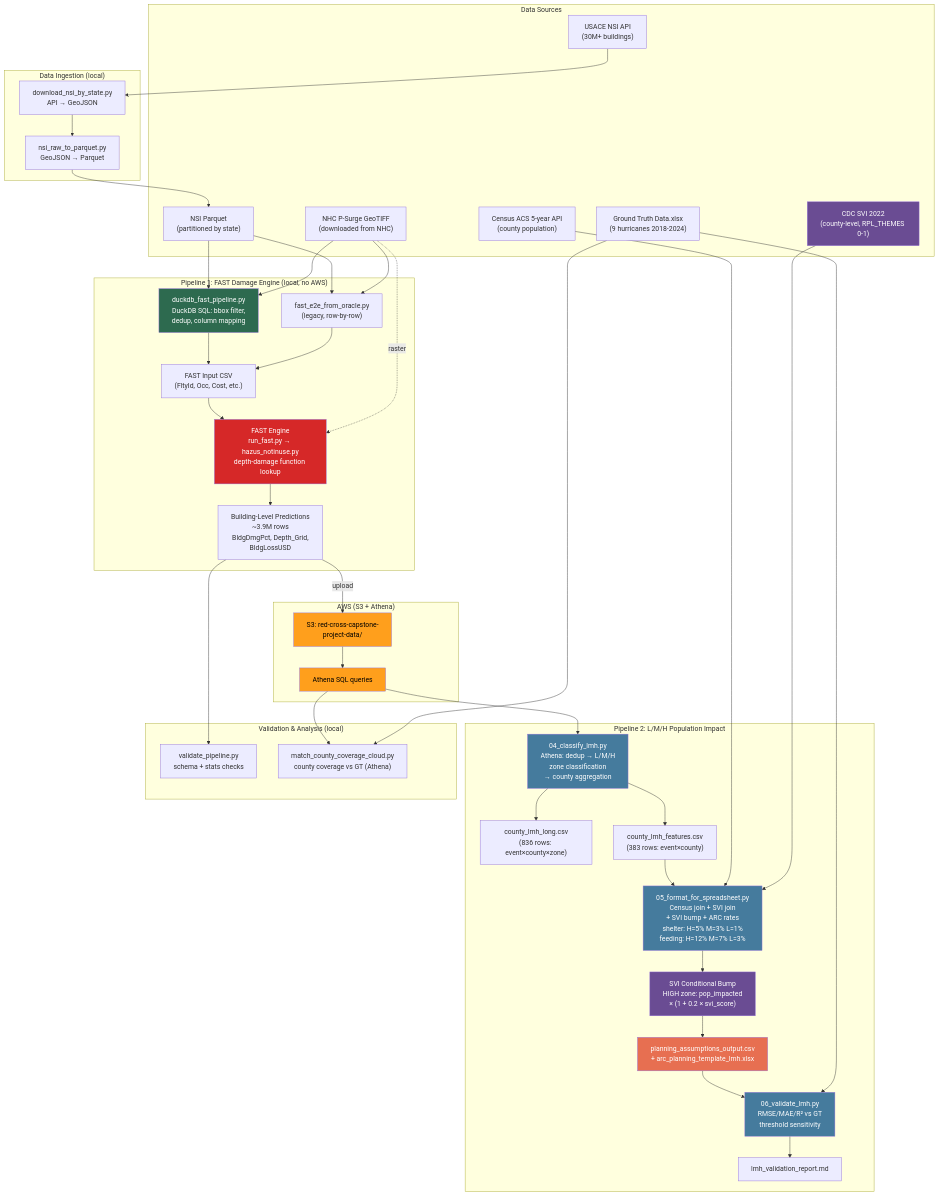
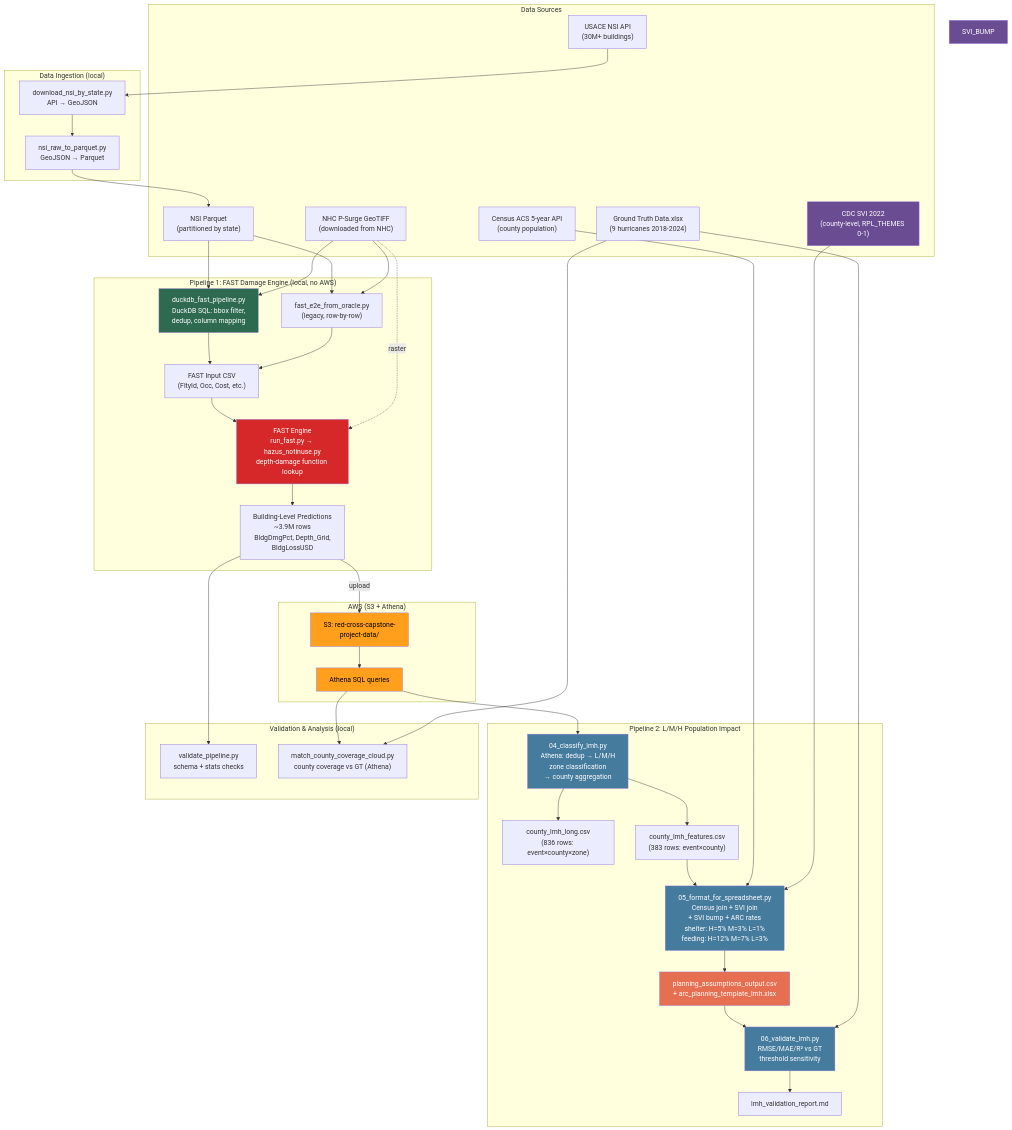
One commit to alexj11324/ARC_Capstone changed the diagram in docs/architecture/e2e_pipeline.md. Above: the diagram before and after it, drawn with Mermaid. The commit also changed 2 other files, not shown here.

Commit message:
fix: align svi bump metadata and docs

```diff
--- a/docs/architecture/e2e_pipeline.md
+++ b/docs/architecture/e2e_pipeline.md
@@ -31,7 +31,6 @@
 
     subgraph "Pipeline 2: L/M/H Population Impact"
         LMH_04["04_classify_lmh.py<br/>Athena: dedup → L/M/H<br/>zone classification<br/>→ county aggregation"]
-        SVI_BUMP["SVI Conditional Bump<br/>HIGH zone: pop_impacted<br/>× (1 + 0.2 × svi_score)"]
         FMT_05["05_format_for_spreadsheet.py<br/>Census join + SVI join<br/>+ SVI bump + ARC rates<br/>shelter: H=5% M=3% L=1%<br/>feeding: H=12% M=7% L=3%"]
         VAL_06["06_validate_lmh.py<br/>RMSE/MAE/R² vs GT<br/>threshold sensitivity"]
         LMH_LONG["county_lmh_long.csv<br/>(836 rows: event×county×zone)"]
@@ -72,8 +71,7 @@
     LMH_WIDE --> FMT_05
     CENSUS --> FMT_05
     SVI --> FMT_05
-    FMT_05 --> SVI_BUMP
-    SVI_BUMP --> PLANNING
+    FMT_05 --> PLANNING
     PLANNING --> VAL_06
     GT --> VAL_06
     VAL_06 --> REPORT
```
